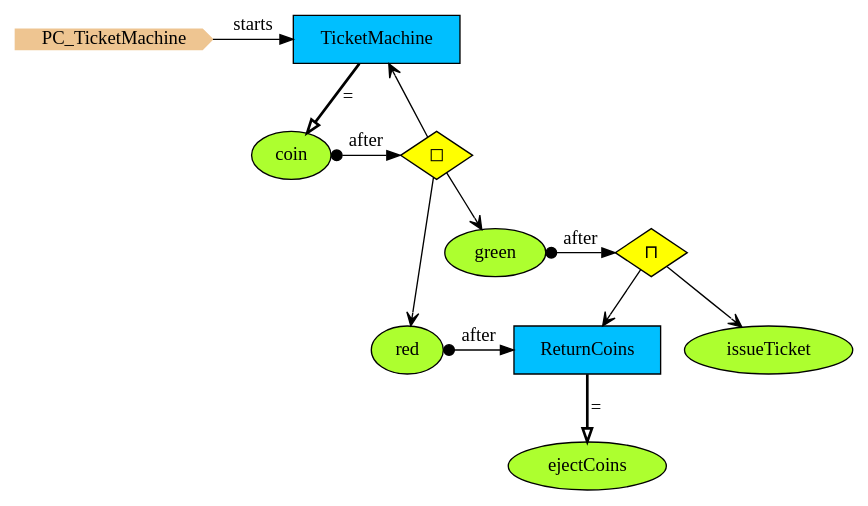
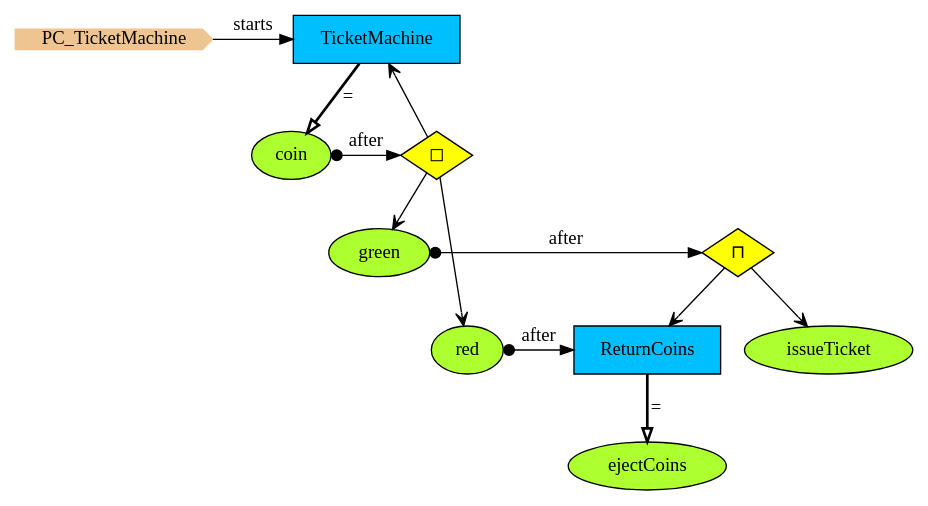
One commit to namalio/Fragmenta changed the diagram in Haskell/PCs/Examples/img/PC_TicketMachine.gv. Above: the diagram before and after it, drawn with Graphviz. The commit also changed 304 other files, not shown here.

```diff
--- a/Haskell/PCs/Examples/img/PC_TicketMachine.gv
+++ b/Haskell/PCs/Examples/img/PC_TicketMachine.gv
@@ -1,29 +1,30 @@
 digraph {
+
 StartN_ [shape = cds,color=burlywood2,style=filled,height=.2,width=.2, label =PC_TicketMachine];
+coin [shape=ellipse,fillcolor=greenyellow,style=filled,label="coin"];
+OpAfterCoin [shape=diamond,fillcolor=yellow,style=filled,label="◻︎"];
+green [shape=ellipse,fillcolor=greenyellow,style=filled,label="green"];
+ReturnCoins [shape=box,fillcolor=deepskyblue,style = filled,label="ReturnCoins "];
+issueTicket [shape=ellipse,fillcolor=greenyellow,style=filled,label="issueTicket"];
+OpAfterGreen [shape=diamond,fillcolor=yellow,style=filled,label="⊓"];
+ejectCoins [shape=ellipse,fillcolor=greenyellow,style=filled,label="ejectCoins"];
+red [shape=ellipse,fillcolor=greenyellow,style=filled,label="red"];
 TicketMachine [shape=box,fillcolor=deepskyblue,style = filled,label="TicketMachine "];
-red [shape=ellipse,fillcolor=greenyellow,style = filled,label="red"];
-ejectCoins [shape=ellipse,fillcolor=greenyellow,style = filled,label="ejectCoins"];
-OpAfterGreen [shape=diamond,fillcolor=yellow,style = filled,label="⊓"];
-issueTicket [shape=ellipse,fillcolor=greenyellow,style = filled,label="issueTicket"];
-ReturnCoins [shape=box,fillcolor=deepskyblue,style = filled,label="ReturnCoins "];
-green [shape=ellipse,fillcolor=greenyellow,style = filled,label="green"];
-OpAfterCoin [shape=diamond,fillcolor=yellow,style = filled,label="◻︎"];
-coin [shape=ellipse,fillcolor=greenyellow,style = filled,label="coin"];
 
+{rank=same;OpAfterGreen,green}
+{rank=same;OpAfterCoin,coin}
 {rank=same;ReturnCoins,red}
-{rank=same;OpAfterCoin,coin}
-{rank=same;OpAfterGreen,green}
 {rank=same;TicketMachine,StartN_}
 
+OpAfterGreen->issueTicket[arrowhead="open"];
+green->OpAfterGreen[arrowtail=dot,dir=both,label="after"];
+OpAfterCoin->green[arrowhead="open"];
+OpAfterCoin->TicketMachine[arrowhead="open"];
+coin->OpAfterCoin[arrowtail=dot,dir=both,label="after"];
+OpAfterCoin->red[arrowhead="open"];
+red->ReturnCoins[arrowtail=dot,dir=both,label="after"];
 OpAfterGreen->ReturnCoins[arrowhead="open"];
-red->ReturnCoins[arrowtail=dot,dir=both,label="after"];
-OpAfterCoin->red[arrowhead="open"];
-coin->OpAfterCoin[arrowtail=dot,dir=both,label="after"];
+ReturnCoins->ejectCoins[arrowhead="onormal",penwidth=2,label="="];
 TicketMachine->coin[arrowhead="onormal",penwidth=2,label="="];
-ReturnCoins->ejectCoins[arrowhead="onormal",penwidth=2,label="="];
 StartN_->TicketMachine[label="starts"];
-OpAfterCoin->TicketMachine[arrowhead="open"];
-OpAfterCoin->green[arrowhead="open"];
-green->OpAfterGreen[arrowtail=dot,dir=both,label="after"];
-OpAfterGreen->issueTicket[arrowhead="open"];
 }
```
